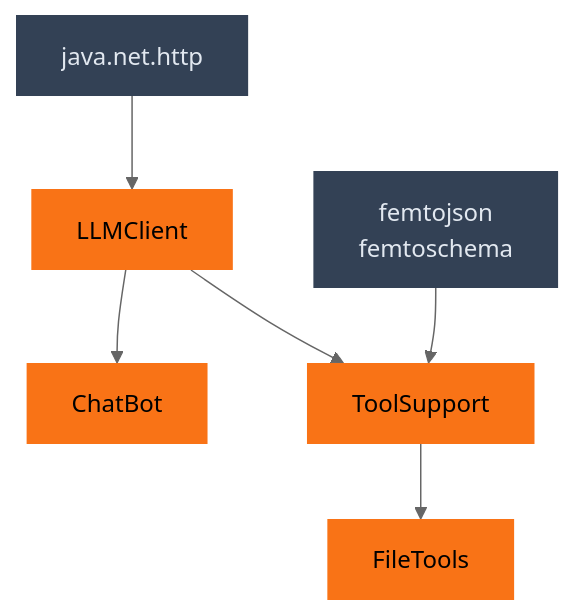
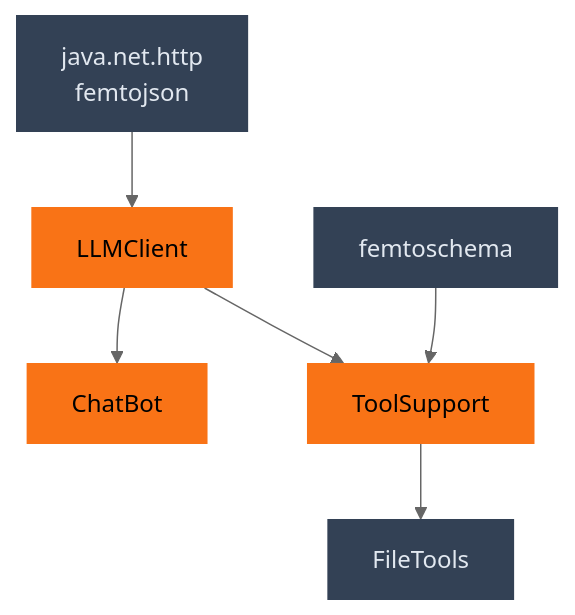
The second of 9 diagrams in slides/slides.md (parttimenerd/tiny-llm-library-demo), drawn with Mermaid (neutral theme) before and after one commit. The commit also changed other lines of this file and 1 other file, not shown here.

````diff
--- a/slides/slides.md
+++ b/slides/slides.md
@@ -487,22 +450,22 @@
 ```mermaid
 flowchart TB
-  jdk["java.net.http"]
-  fj["femtojson<br>femtoschema"]
+  jdk["java.net.http<br>femtojson"]
+  fj["femtoschema"]
   lc["LLMClient"]
   cb["ChatBot"]
   ts["ToolSupport"]
   ft["FileTools"]
 
   jdk --> lc
   fj --> ts
   lc --> cb
   lc --> ts
   ts --> ft
 
   style jdk fill:#334155,color:#e2e8f0,stroke:none
   style fj fill:#334155,color:#e2e8f0,stroke:none
   style lc fill:#f97316,color:#000,stroke:none
   style cb fill:#f97316,color:#000,stroke:none
   style ts fill:#f97316,color:#000,stroke:none
-  style ft fill:#f97316,color:#000,stroke:none
+  style ft fill:#334155,color:#e2e8f0,stroke:none
 ```
````
